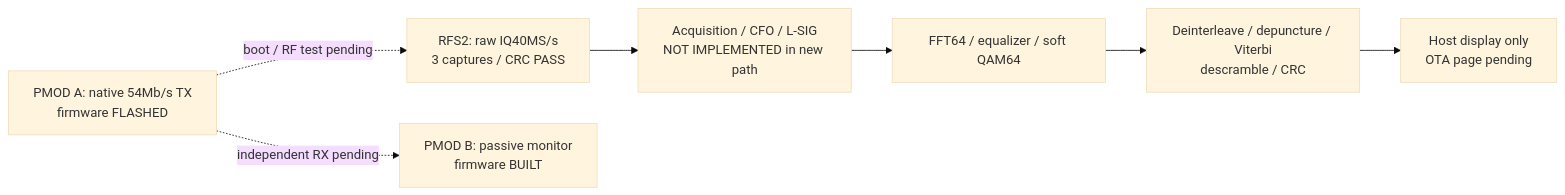
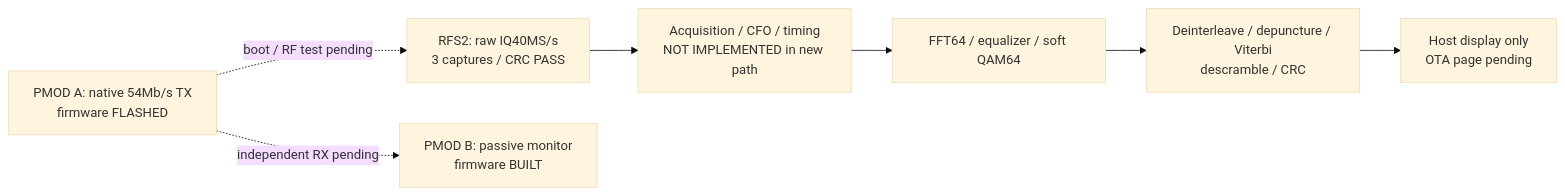
The diagram in esp32_agilex3_iq/docs/WIFI64_IMPLEMENTATION_STATUS.md (AEW2015/altera_examples), drawn with Mermaid (base theme) before and after one commit. The commit also changed other lines of this file and 7 other files, not shown here.

````diff
--- a/esp32_agilex3_iq/docs/WIFI64_IMPLEMENTATION_STATUS.md
+++ b/esp32_agilex3_iq/docs/WIFI64_IMPLEMENTATION_STATUS.md
@@ -7,9 +7,9 @@
 ```mermaid
 flowchart LR
   A[PMOD A: native 54Mb/s TX<br/>firmware FLASHED] -. boot / RF test pending .-> B[RFS2: raw IQ40MS/s<br/>3 captures / CRC PASS]
   A -. independent RX pending .-> M[PMOD B: passive monitor<br/>firmware BUILT]
-  B --> C[Acquisition / CFO / L-SIG<br/>NOT IMPLEMENTED in new path]
+  B --> C[Acquisition / CFO / timing<br/>NOT IMPLEMENTED in new path]
   C --> D[FFT64 / equalizer / soft QAM64]
   D --> E[Deinterleave / depuncture / Viterbi<br/>descramble / CRC]
   E --> F[Host display only<br/>OTA page pending]
 ```
````
